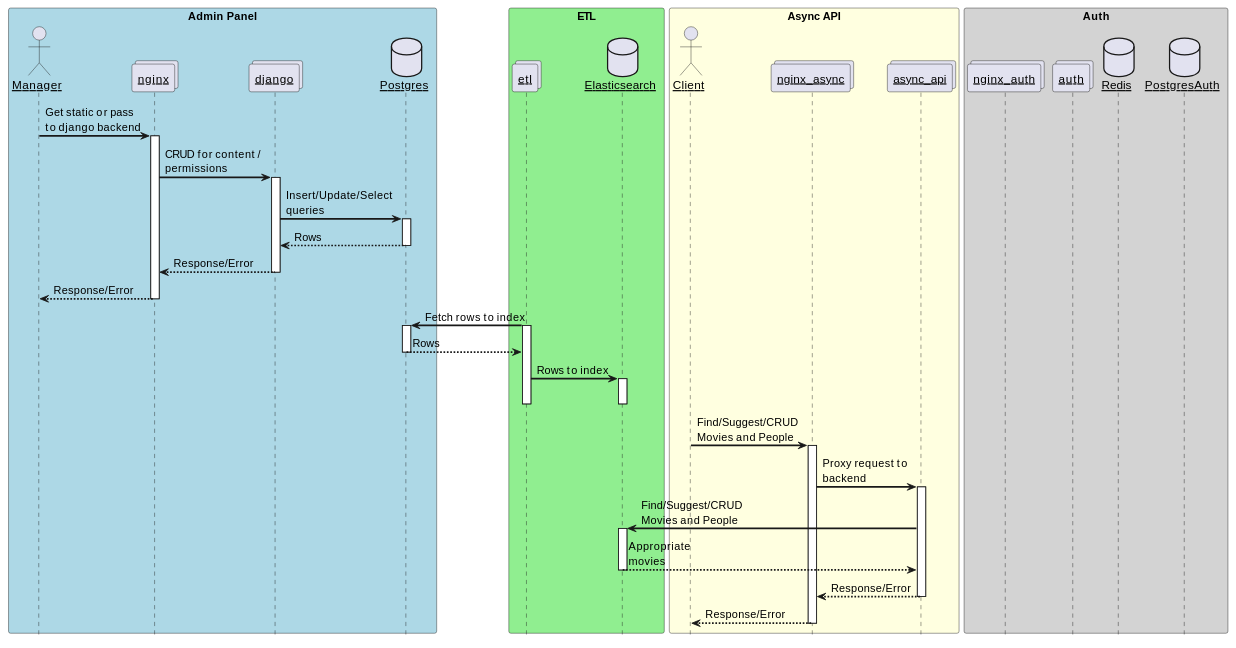
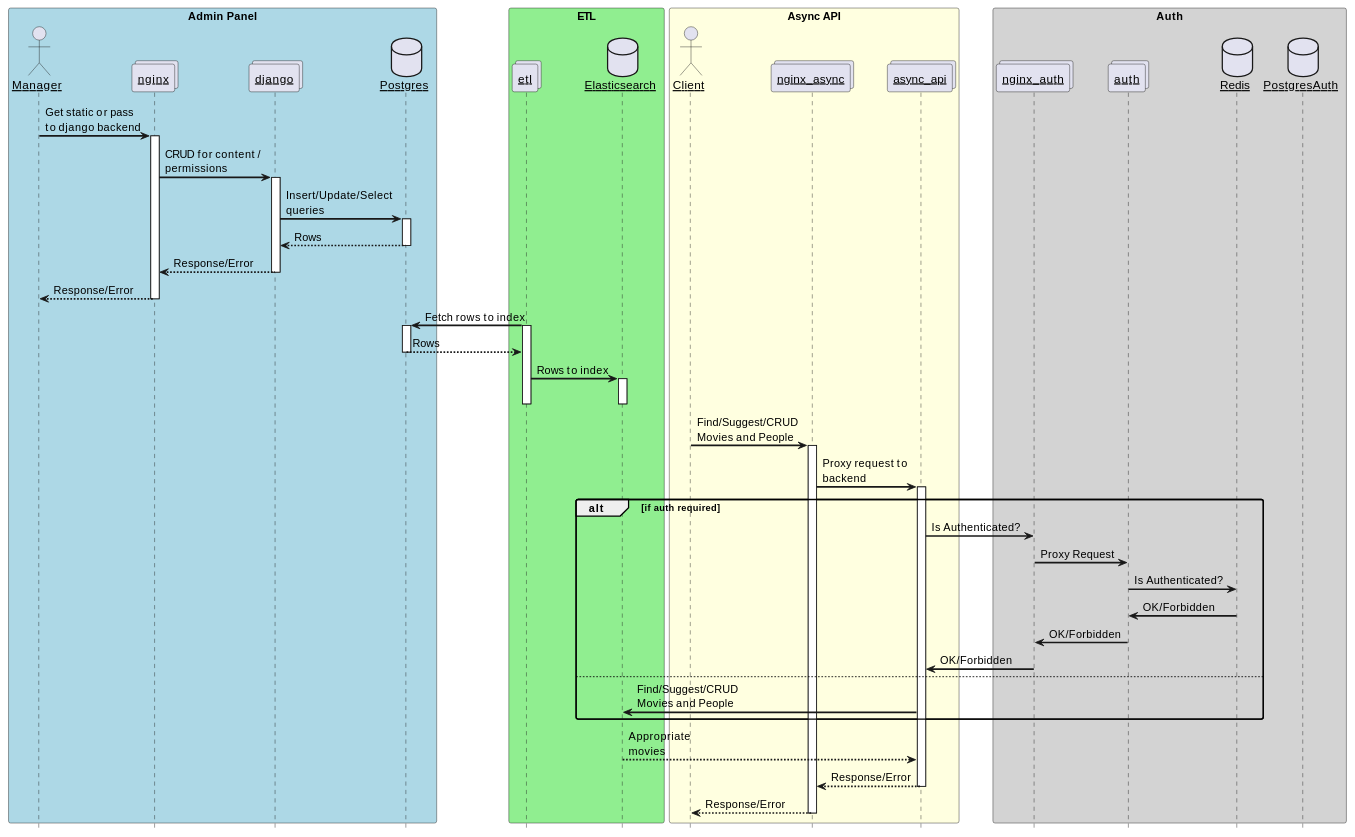
Before and after one commit to vromanuk/ugc_sprint_1: the diagram in overall-service-architecure.md, drawn with PlantUML.

```diff
--- a/overall-service-architecure.md
+++ b/overall-service-architecure.md
@@ -70,7 +70,17 @@
 nginx_async -> async_api: Proxy request to backend
 activate async_api
 
-async_api -> Elasticsearch: Find/Suggest/CRUD Movies and People
+alt if auth required
+    async_api -> nginx_auth: Is Authenticated?
+    nginx_auth -> auth: Proxy Request
+    auth -> Redis: Is Authenticated?
+    Redis -> auth: OK/Forbidden
+    auth -> nginx_auth: OK/Forbidden
+    nginx_auth -> async_api: OK/Forbidden
+else
+    async_api -> Elasticsearch: Find/Suggest/CRUD Movies and People
+end
+
 activate Elasticsearch
 Elasticsearch --> async_api: Appropriate movies
 deactivate Elasticsearch
```
